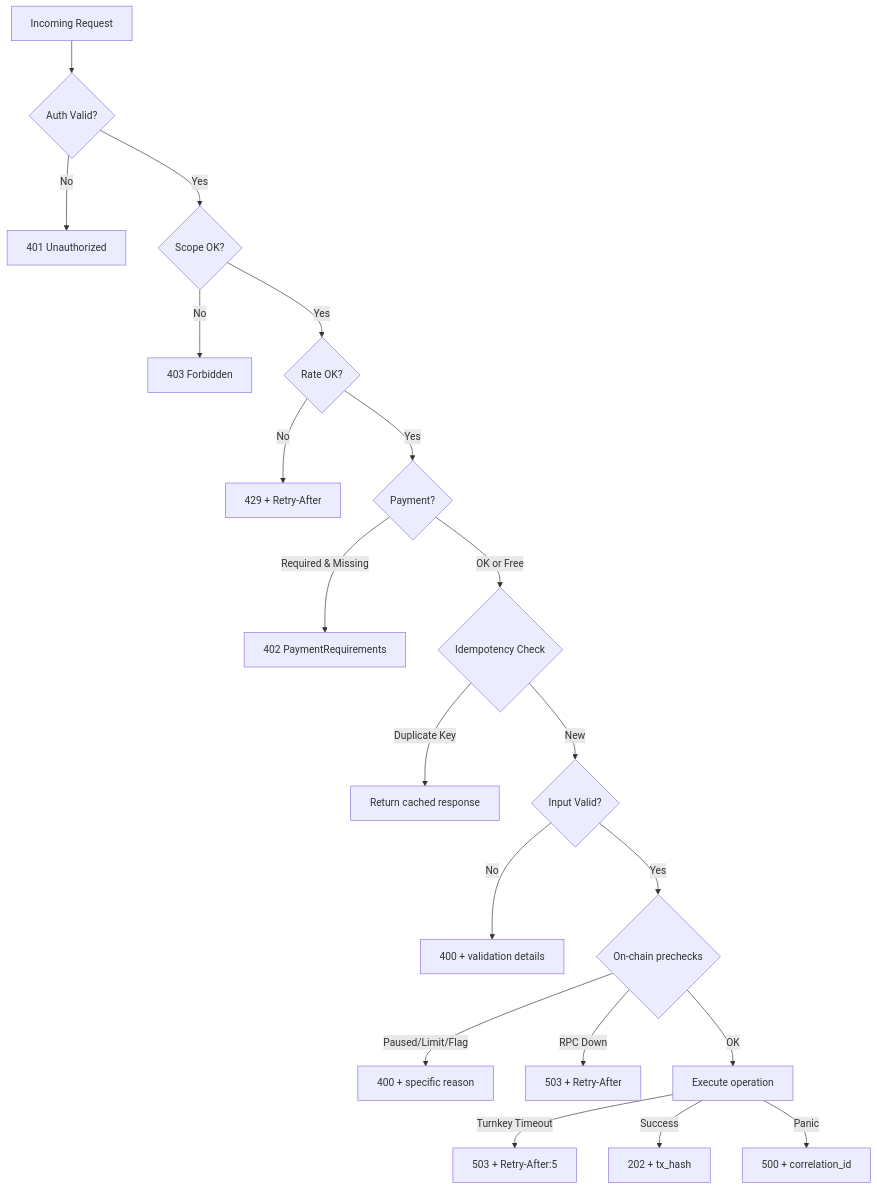
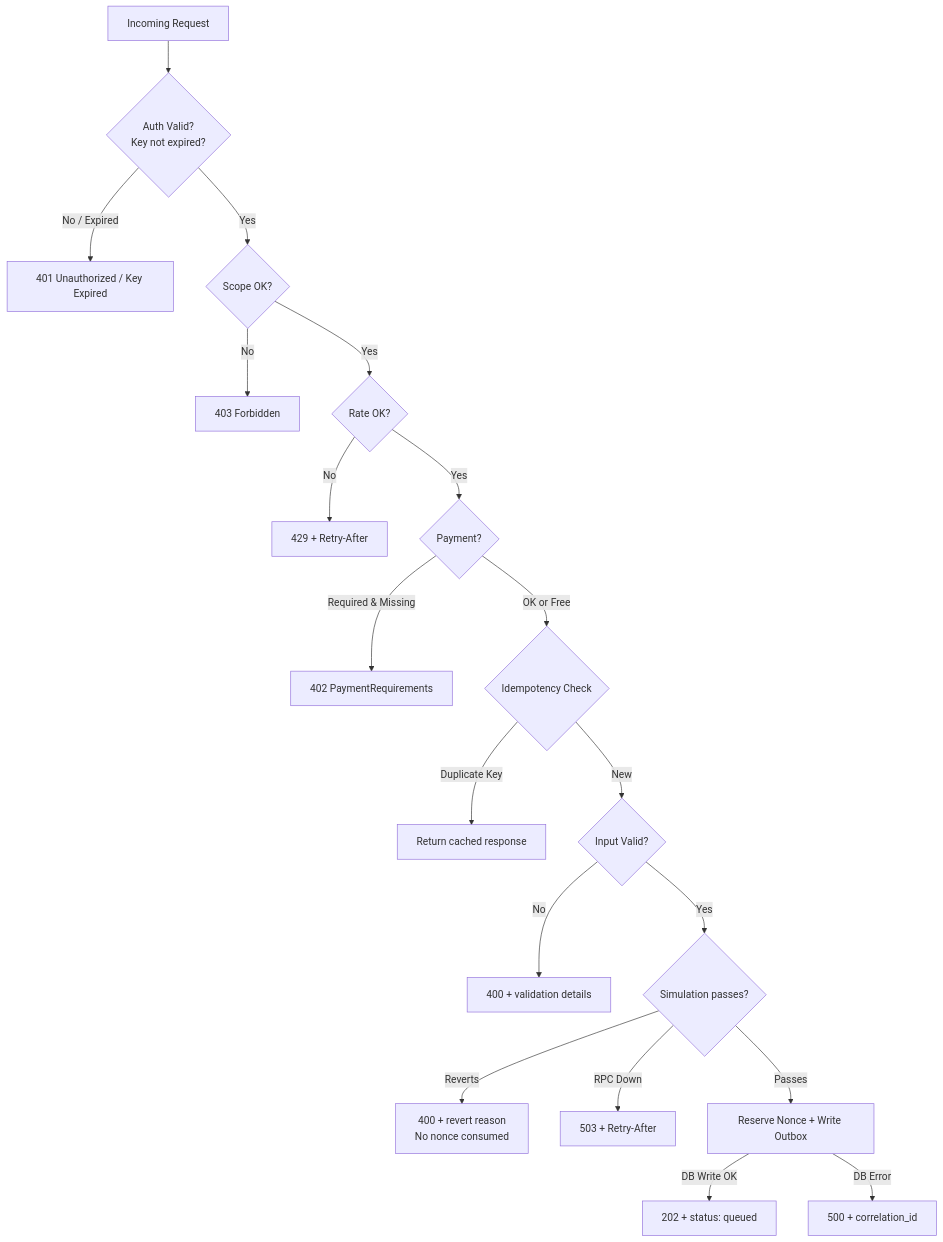
Diagram 11 of 11 in README.md (itsme-boii/archetectures), drawn with Mermaid before and after one commit. The commit also changed other lines of this file, not shown here.

````diff
--- a/README.md
+++ b/README.md
@@ -1060,22 +1324,21 @@
 ```mermaid
 graph TD
-    REQ[Incoming Request] --> AUTH{Auth Valid?}
-    AUTH -->|No| E401[401 Unauthorized]
+    REQ[Incoming Request] --> AUTH{Auth Valid?<br/>Key not expired?}
+    AUTH -->|No / Expired| E401[401 Unauthorized / Key Expired]
     AUTH -->|Yes| SCOPE{Scope OK?}
     SCOPE -->|No| E403[403 Forbidden]
     SCOPE -->|Yes| RATE{Rate OK?}
     RATE -->|No| E429[429 + Retry-After]
     RATE -->|Yes| X402{Payment?}
     X402 -->|Required & Missing| E402[402 PaymentRequirements]
     X402 -->|OK or Free| IDEM{Idempotency Check}
     IDEM -->|Duplicate Key| RET[Return cached response]
     IDEM -->|New| VALID{Input Valid?}
     VALID -->|No| E400[400 + validation details]
-    VALID -->|Yes| PRECHECK{On-chain prechecks}
-    PRECHECK -->|Paused/Limit/Flag| E400B[400 + specific reason]
-    PRECHECK -->|RPC Down| E503[503 + Retry-After]
-    PRECHECK -->|OK| EXEC[Execute operation]
-    EXEC -->|Turnkey Timeout| E503B[503 + Retry-After:5]
-    EXEC -->|Success| R202[202 + tx_hash]
-    EXEC -->|Panic| E500[500 + correlation_id]
+    VALID -->|Yes| SIM{Simulation passes?}
+    SIM -->|Reverts| E400S[400 + revert reason<br/>No nonce consumed]
+    SIM -->|RPC Down| E503[503 + Retry-After]
+    SIM -->|Passes| NONCE[Reserve Nonce + Write Outbox]
+    NONCE -->|DB Write OK| R202[202 + status: queued]
+    NONCE -->|DB Error| E500[500 + correlation_id]
 ```
````
